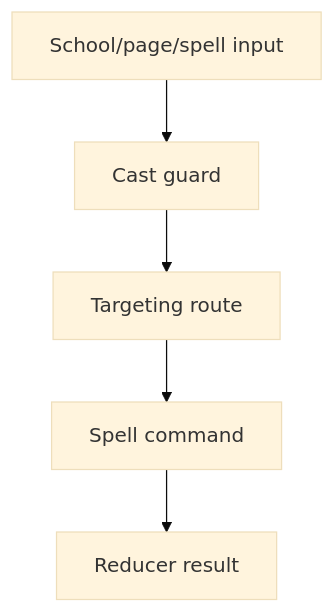
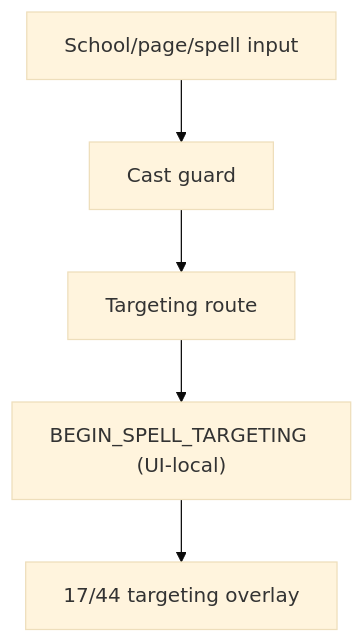
Before and after one commit to SunaNoOshiro/Heroes_Reforged_AI_Realms: the third of 5 diagrams in docs/architecture/wiki/screens/47-spell-book/architecture.md, drawn with Mermaid (base theme). The commit also changed other lines of this file and 518 other files, not shown here.

First line of the commit message:
Add doc-audit skill and sweep architecture/screen docs

````diff
--- a/docs/architecture/wiki/screens/47-spell-book/architecture.md
+++ b/docs/architecture/wiki/screens/47-spell-book/architecture.md
@@ -46,8 +69,8 @@
 ```mermaid
 flowchart TD
   I0["School/page/spell input"] --> I1
   I1["Cast guard"] --> I2
   I2["Targeting route"] --> I3
-  I3["Spell command"] --> I4
-  I4["Reducer result"]
+  I3["BEGIN_SPELL_TARGETING (UI-local)"] --> I4
+  I4["17/44 targeting overlay"]
 ```
````
